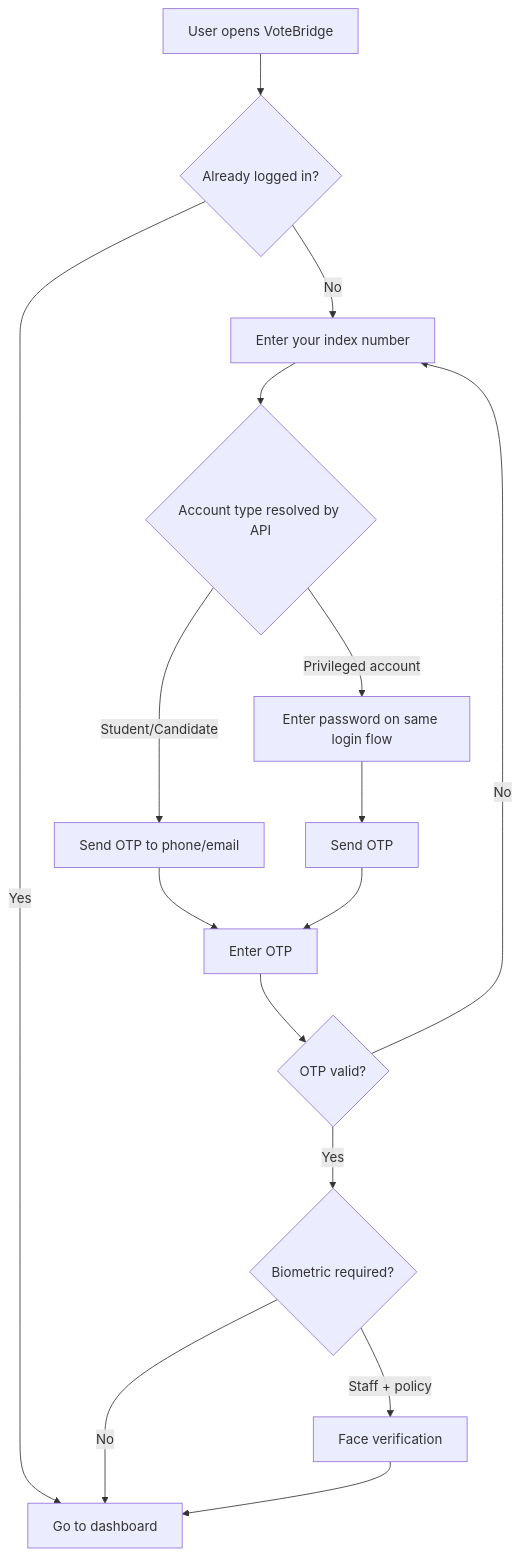
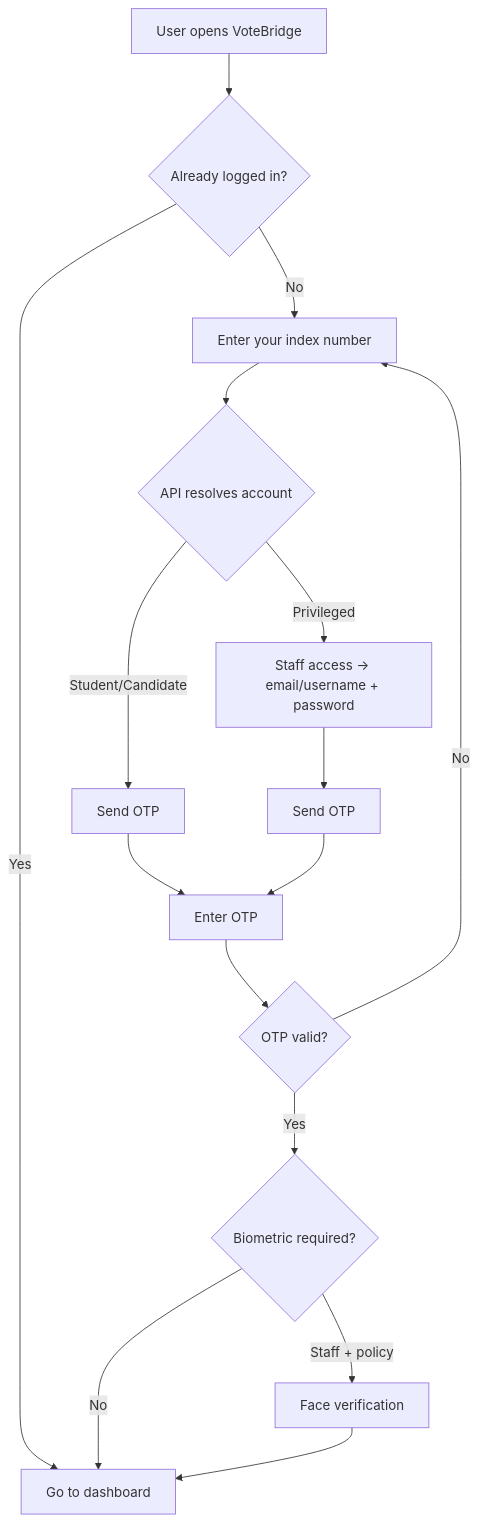
Before and after one commit to androidnega/votebridge: the first of 10 diagrams in docs/system/FLOWCHARTS.md, drawn with Mermaid. The commit also changed other lines of this file and 17 other files, not shown here.

````diff
--- a/docs/system/FLOWCHARTS.md
+++ b/docs/system/FLOWCHARTS.md
@@ -9,18 +9,18 @@
 ```mermaid
 flowchart TD
     A[User opens VoteBridge] --> B{Already logged in?}
     B -->|Yes| C[Go to dashboard]
     B -->|No| D[Enter your index number]
-    D --> E{Account type resolved by API}
-    E -->|Student/Candidate| F[Send OTP to phone/email]
-    E -->|Privileged account| G[Enter password on same login flow]
+    D --> E{API resolves account}
+    E -->|Student/Candidate| F[Send OTP]
+    E -->|Privileged| G[Staff access → email/username + password]
     G --> H[Send OTP]
     F --> K[Enter OTP]
     H --> K
     K --> L{OTP valid?}
     L -->|No| D
     L -->|Yes| M{Biometric required?}
     M -->|Staff + policy| N[Face verification]
     M -->|No| C
     N --> C
 ```
````
